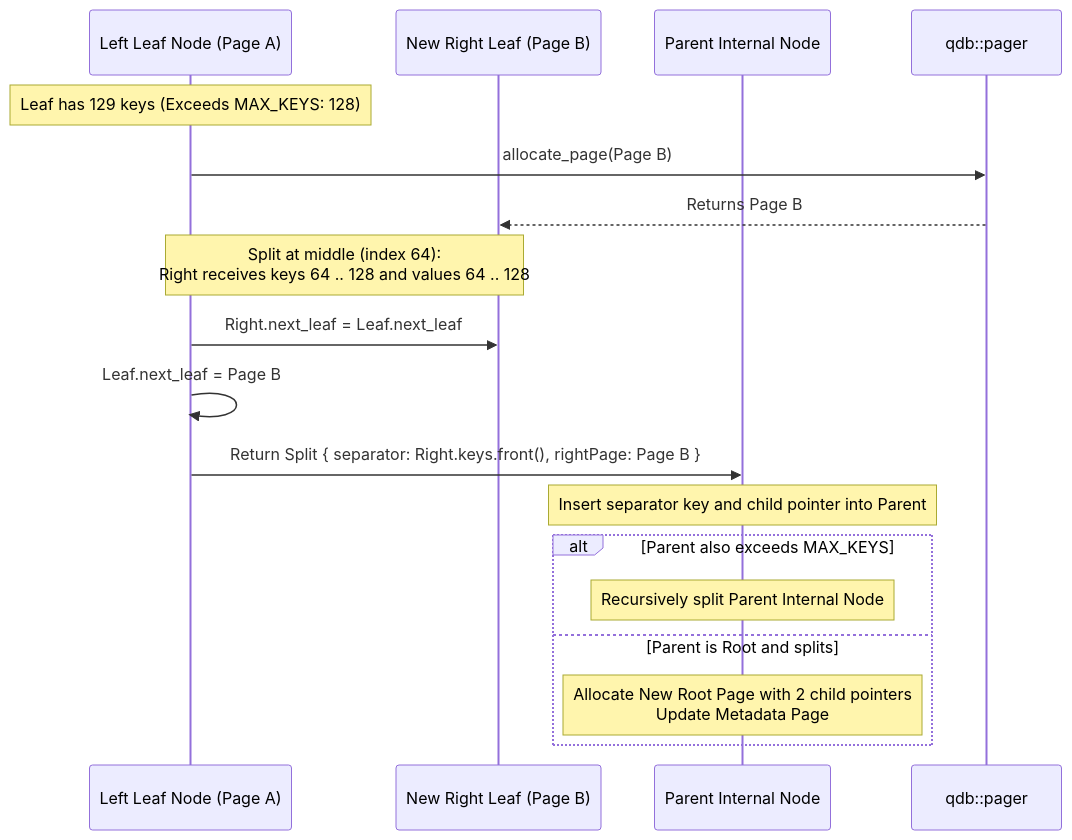
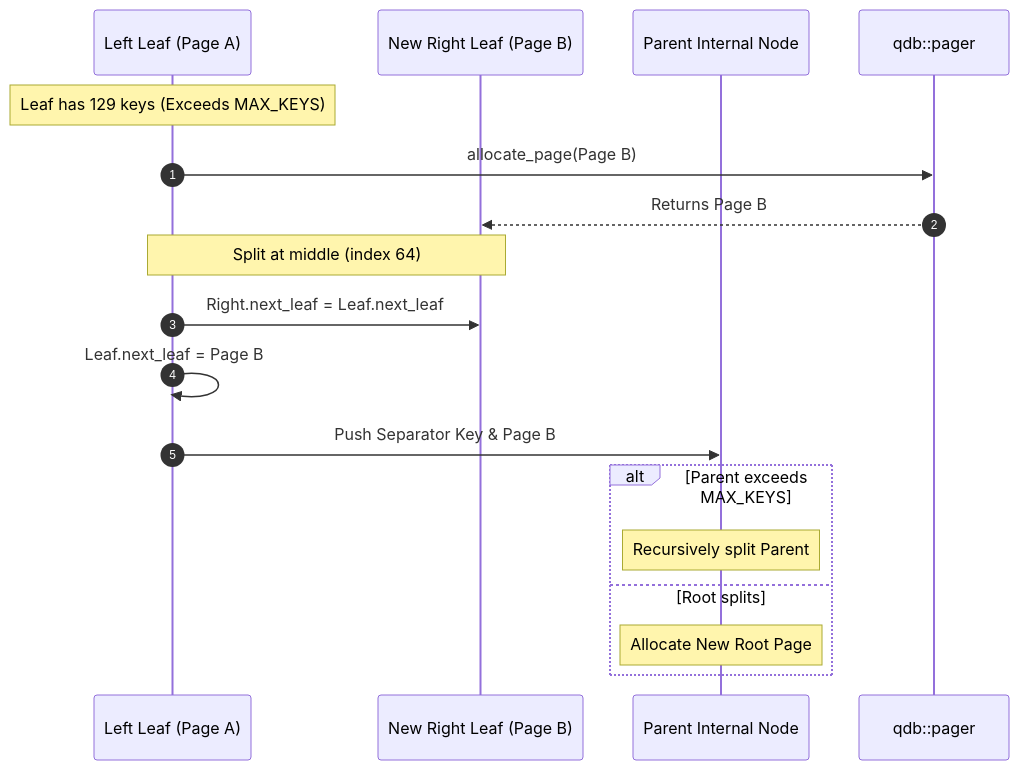
One commit to KAAZamapiloT/QUARTZ_DB changed the third of 3 diagrams in docs/architecture/bplus-tree.md. Above: the diagram before and after it, drawn with Mermaid. The commit also changed other lines of this file and 27 other files, not shown here.

````diff
--- a/docs/architecture/bplus-tree.md
+++ b/docs/architecture/bplus-tree.md
@@ -126,21 +102,21 @@
 ```mermaid
 sequenceDiagram
-    participant Leaf as Left Leaf Node (Page A)
+    autonumber
+    participant Leaf as Left Leaf (Page A)
     participant Right as New Right Leaf (Page B)
     participant Parent as Parent Internal Node
     participant Pager as qdb::pager
 
-    Note over Leaf: Leaf has 129 keys (Exceeds MAX_KEYS: 128)
+    Note over Leaf: Leaf has 129 keys (Exceeds MAX_KEYS)
     Leaf->>Pager: allocate_page(Page B)
     Pager-->>Right: Returns Page B
-    Note over Leaf, Right: Split at middle (index 64):<br>Right receives keys 64 .. 128 and values 64 .. 128
+    Note over Leaf, Right: Split at middle (index 64)
     Leaf->>Right: Right.next_leaf = Leaf.next_leaf
     Leaf->>Leaf: Leaf.next_leaf = Page B
-    Leaf->>Parent: Return Split { separator: Right.keys.front(), rightPage: Page B }
-    Note over Parent: Insert separator key and child pointer into Parent
-    alt Parent also exceeds MAX_KEYS
-        Note over Parent: Recursively split Parent Internal Node
-    else Parent is Root and splits
-        Note over Parent: Allocate New Root Page with 2 child pointers<br>Update Metadata Page
+    Leaf->>Parent: Push Separator Key & Page B
+    alt Parent exceeds MAX_KEYS
+        Note over Parent: Recursively split Parent
+    else Root splits
+        Note over Parent: Allocate New Root Page
     end
 ```
````
